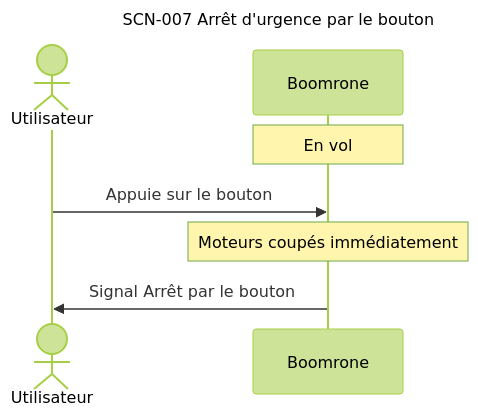
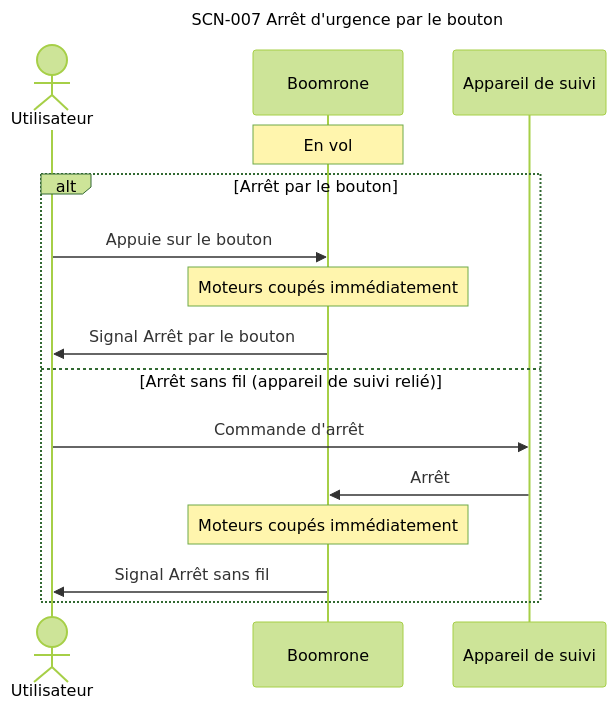
One commit to thourymatthieu-png/coworker_archi_system changed the ninth of 13 diagrams in projets/boomrone/00-scenarios.md. Above: the diagram before and after it, drawn with Mermaid (forest theme). The commit also changed other lines of this file and 5 other files, not shown here.

````diff
--- a/projets/boomrone/00-scenarios.md
+++ b/projets/boomrone/00-scenarios.md
@@ -296,12 +321,20 @@
 ```mermaid
 ---
 title: "SCN-007 Arrêt d'urgence par le bouton"
 ---
 sequenceDiagram
     actor U as Utilisateur
     participant D as Boomrone
+    participant A as Appareil de suivi
     Note over D: En vol
-    U->>D: Appuie sur le bouton
-    Note over D: Moteurs coupés immédiatement
-    D->>U: Signal Arrêt par le bouton
+    alt Arrêt par le bouton
+        U->>D: Appuie sur le bouton
+        Note over D: Moteurs coupés immédiatement
+        D->>U: Signal Arrêt par le bouton
+    else Arrêt sans fil (appareil de suivi relié)
+        U->>A: Commande d'arrêt
+        A->>D: Arrêt
+        Note over D: Moteurs coupés immédiatement
+        D->>U: Signal Arrêt sans fil
+    end
 ```
````
